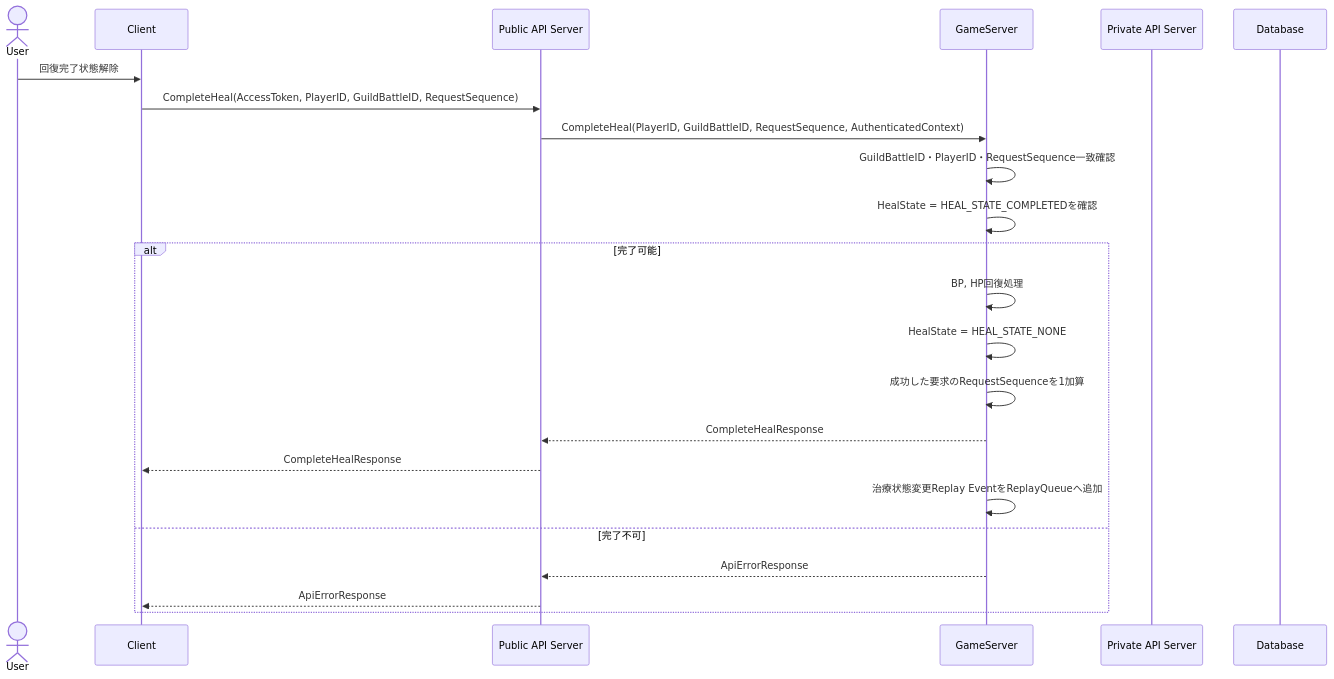
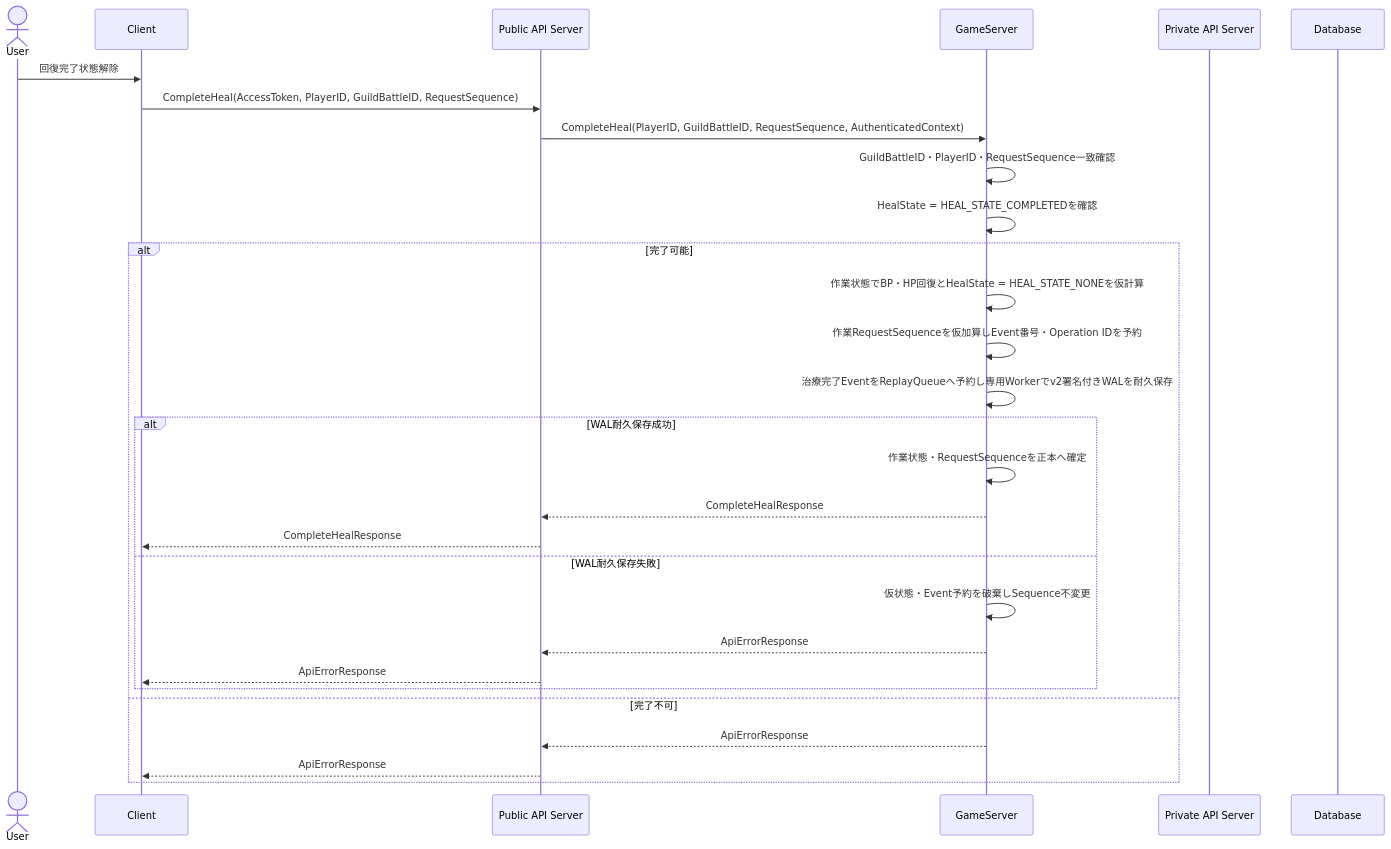
The tenth of 14 diagrams in design/server/guild_battle.md (ReHydrangeaOdyssey/Specifications), drawn with Mermaid before and after one commit. The commit also changed other lines of this file and 8 other files, not shown here.

````diff
--- a/design/server/guild_battle.md
+++ b/design/server/guild_battle.md
@@ -522,29 +566,34 @@
 ```mermaid
 sequenceDiagram
     actor User
     participant Client
     participant PublicAPIServer as Public API Server
     participant GameServer
     participant PrivateAPIServer as Private API Server
     participant Database
 
     User->>Client: 回復完了状態解除
     Client->>PublicAPIServer: CompleteHeal(AccessToken, PlayerID, GuildBattleID, RequestSequence)
     PublicAPIServer->>GameServer: CompleteHeal(PlayerID, GuildBattleID, RequestSequence, AuthenticatedContext)
 
     GameServer->>GameServer: GuildBattleID・PlayerID・RequestSequence一致確認
     GameServer->>GameServer: HealState = HEAL_STATE_COMPLETEDを確認
 
     alt 完了可能
-        GameServer->>GameServer: BP, HP回復処理
-        GameServer->>GameServer: HealState = HEAL_STATE_NONE
-        GameServer->>GameServer: 成功した要求のRequestSequenceを1加算
-        GameServer-->>PublicAPIServer: CompleteHealResponse
-        PublicAPIServer-->>Client: CompleteHealResponse
-
-        GameServer ->> GameServer: 治療状態変更Replay EventをReplayQueueへ追加
+        GameServer->>GameServer: 作業状態でBP・HP回復とHealState = HEAL_STATE_NONEを仮計算
+        GameServer->>GameServer: 作業RequestSequenceを仮加算しEvent番号・Operation IDを予約
+        GameServer->>GameServer: 治療完了EventをReplayQueueへ予約し専用Workerでv2署名付きWALを耐久保存
+        alt WAL耐久保存成功
+            GameServer->>GameServer: 作業状態・RequestSequenceを正本へ確定
+            GameServer-->>PublicAPIServer: CompleteHealResponse
+            PublicAPIServer-->>Client: CompleteHealResponse
+        else WAL耐久保存失敗
+            GameServer->>GameServer: 仮状態・Event予約を破棄しSequence不変更
+            GameServer-->>PublicAPIServer: ApiErrorResponse
+            PublicAPIServer-->>Client: ApiErrorResponse
+        end
     else 完了不可
         GameServer-->>PublicAPIServer: ApiErrorResponse
         PublicAPIServer-->>Client: ApiErrorResponse
     end
 ```
````
